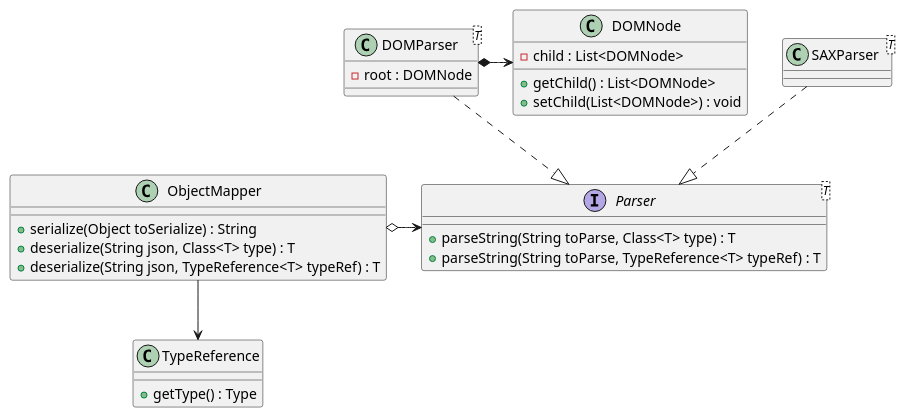
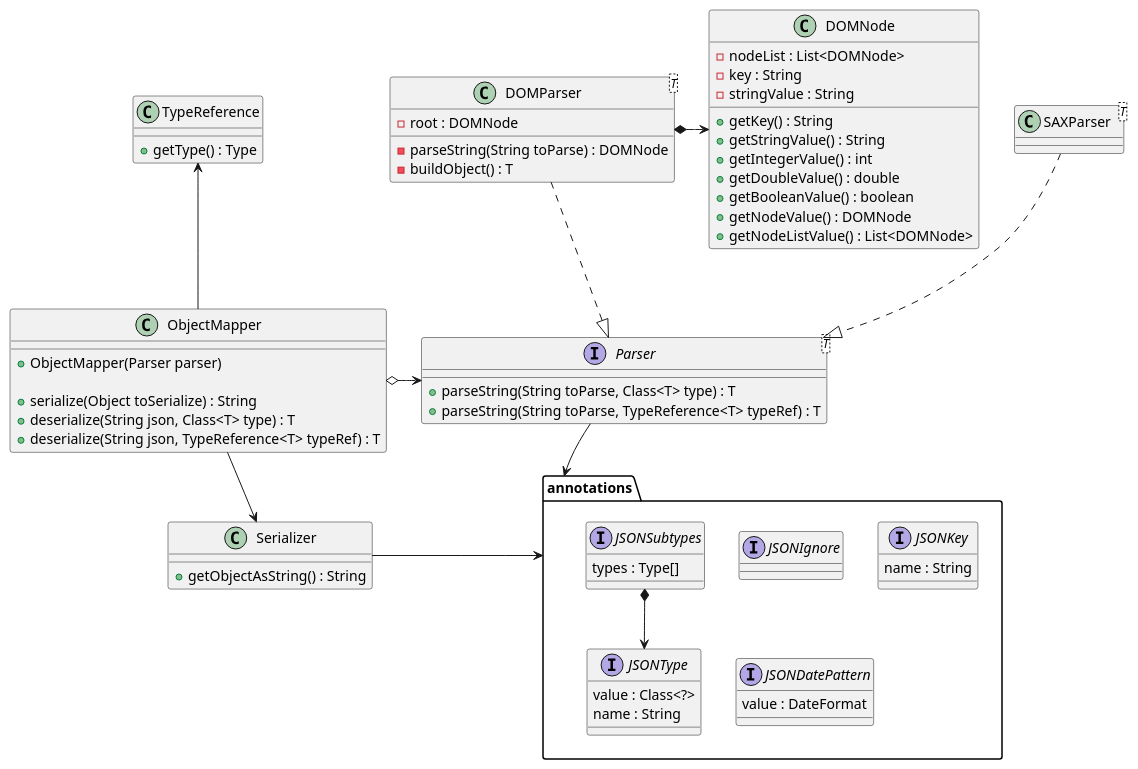
The diagram in doc/analysis.adoc (TraningCenter2018-2019/V_V_Denisov_second_task), drawn with PlantUML before and after one commit. The commit also changed other lines of this file, not shown here.

Commit message:
Обновил анализ. Добавил описание схеме, изменил DOMNode, добавил аннотации

```diff
--- a/doc/analysis.adoc
+++ b/doc/analysis.adoc
@@ -2,39 +2,83 @@
 [plantuml, diagram-classes, png]
 ----
 class ObjectMapper {
+	+ObjectMapper(Parser parser)
+	
 	+serialize(Object toSerialize) : String
 	+deserialize(String json, Class<T> type) : T
 	+deserialize(String json, TypeReference<T> typeRef) : T
 }
 
-ObjectMapper --> TypeReference
+ObjectMapper -up-> TypeReference
 ObjectMapper o-> Parser
 
 class TypeReference {
 	+getType() : Type
 }
 
+class Serializer {
+	+getObjectAsString() : String
+}
+ObjectMapper --right--> Serializer
+Serializer -> annotations
+
 interface Parser<T> {
 	+parseString(String toParse, Class<T> type) : T
 	+parseString(String toParse, TypeReference<T> typeRef) : T
 }
 
+Parser -down-> annotations
+
 class DOMParser<T> {
 	-root : DOMNode
+	-parseString(String toParse) : DOMNode
+	-buildObject() : T
 }
 
 DOMParser ..|> Parser
 DOMParser *-> DOMNode
 
 class DOMNode {
-	-child : List<DOMNode>
-	+getChild() : List<DOMNode>
-	+setChild(List<DOMNode>) : void
+	-nodeList : List<DOMNode>
+	-key : String
+	-stringValue : String
+	+getKey() : String
+	+getStringValue() : String
+	+getIntegerValue() : int
+	+getDoubleValue() : double
+	+getBooleanValue() : boolean
+	+getNodeValue() : DOMNode
+	+getNodeListValue() : List<DOMNode>
 }
 
 class SAXParser<T> {
 	
 }
 
 SAXParser ..|> Parser
+
+package annotations {
+interface JSONIgnore {
+	
+}
+
+interface JSONKey {
+	name : String
+}
+
+interface JSONSubtypes {
+	types : Type[]
+}
+
+JSONSubtypes *-down-> JSONType
+
+interface JSONType {
+	value : Class<?>
+	name : String
+}
+
+interface JSONDatePattern {
+	value : DateFormat
+}
+}
 ----
```
